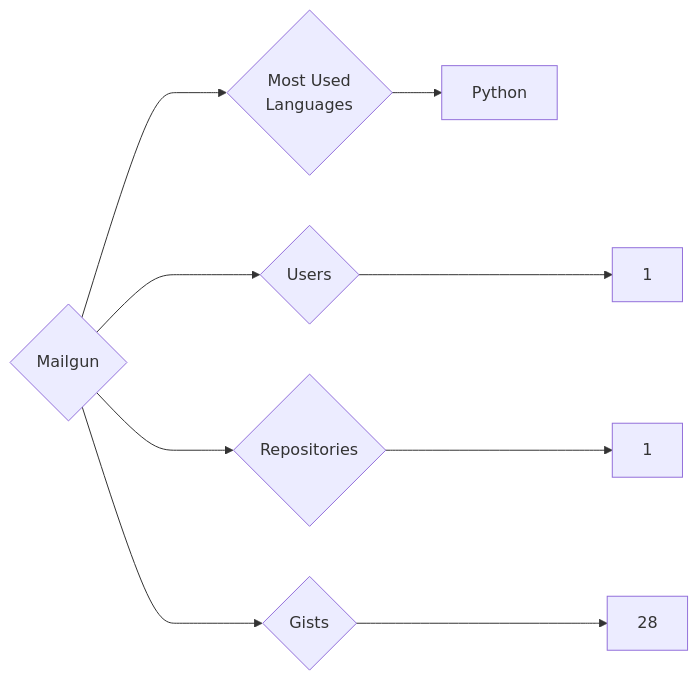
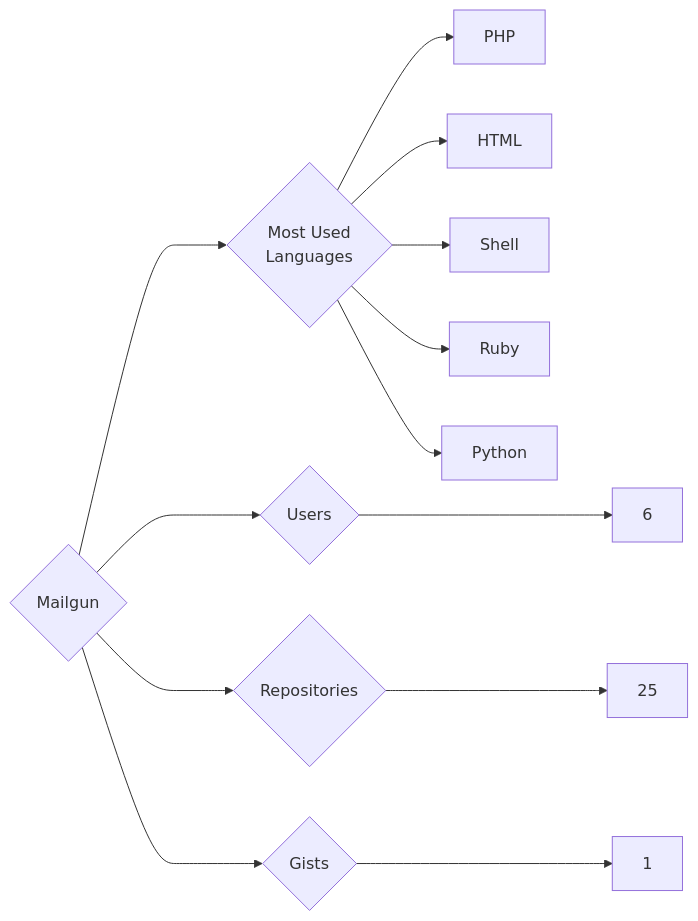
The diagram in targets/Mailgun/README.md (trickest/insiders), drawn with Mermaid before and after one commit. The commit also changed 681 other files, not shown here.

````diff
--- a/targets/Mailgun/README.md
+++ b/targets/Mailgun/README.md
@@ -3,9 +3,13 @@
 ```mermaid
 graph LR
 COMPANY_NAME{Mailgun}
-COMPANY_NAME ---> U{Users} ---> UN[1]
-COMPANY_NAME ---> R{Repositories} ---> RN[1]
-COMPANY_NAME ---> G{Gists} ---> GN[28]
+COMPANY_NAME ---> U{Users} ---> UN[6]
+COMPANY_NAME ---> R{Repositories} ---> RN[25]
+COMPANY_NAME ---> G{Gists} ---> GN[1]
 COMPANY_NAME ---> ML{Most Used<br>Languages}
+ML --> PHP[PHP]
+ML --> HTML[HTML]
+ML --> Shell[Shell]
+ML --> Ruby[Ruby]
 ML --> Python[Python]
 ```
````
